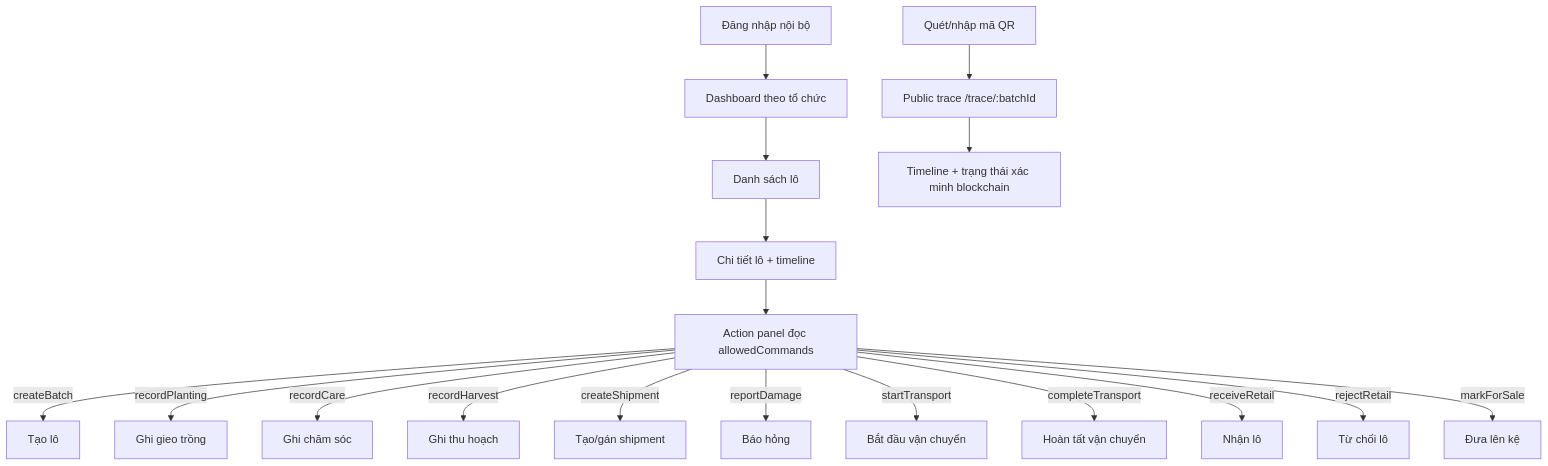
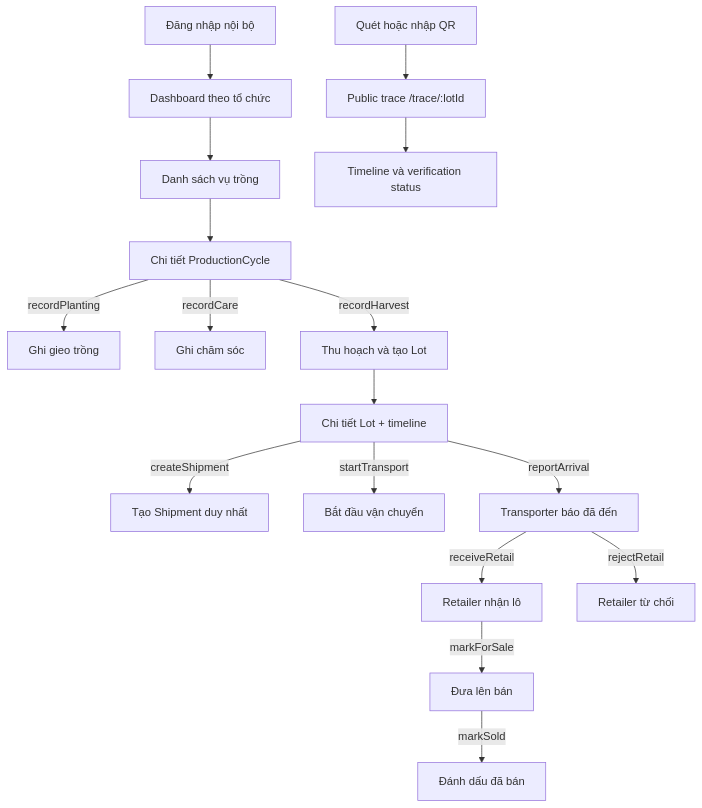
One commit to KieuTanPhat/agri-trace-blockchain changed the diagram in docs/frontend/user-flows.md. Above: the diagram before and after it, drawn with Mermaid. The commit also changed other lines of this file and 46 other files, not shown here.

````diff
--- a/docs/frontend/user-flows.md
+++ b/docs/frontend/user-flows.md
@@ -5,24 +5,19 @@
 ```mermaid
 flowchart TD
   Login[Đăng nhập nội bộ] --> Dashboard[Dashboard theo tổ chức]
-  Dashboard --> BatchList[Danh sách lô]
-  BatchList --> BatchDetail[Chi tiết lô + timeline]
-  BatchDetail --> ActionPanel[Action panel đọc allowedCommands]
-
-  ActionPanel -->|createBatch| CreateBatch[Tạo lô]
-  ActionPanel -->|recordPlanting| Planting[Ghi gieo trồng]
-  ActionPanel -->|recordCare| Care[Ghi chăm sóc]
-  ActionPanel -->|recordHarvest| Harvest[Ghi thu hoạch]
-  ActionPanel -->|createShipment| Shipment[Tạo/gán shipment]
-  ActionPanel -->|reportDamage| Damage[Báo hỏng]
-
-  ActionPanel -->|startTransport| StartTransport[Bắt đầu vận chuyển]
-  ActionPanel -->|completeTransport| CompleteTransport[Hoàn tất vận chuyển]
-
-  ActionPanel -->|receiveRetail| ReceiveRetail[Nhận lô]
-  ActionPanel -->|rejectRetail| RejectRetail[Từ chối lô]
-  ActionPanel -->|markForSale| MarkForSale[Đưa lên kệ]
-
-  PublicScan[Quét/nhập mã QR] --> PublicTrace[Public trace /trace/:batchId]
-  PublicTrace --> Verify[Timeline + trạng thái xác minh blockchain]
+  Dashboard --> CycleList[Danh sách vụ trồng]
+  CycleList --> CycleDetail[Chi tiết ProductionCycle]
+  CycleDetail -->|recordPlanting| Planting[Ghi gieo trồng]
+  CycleDetail -->|recordCare| Care[Ghi chăm sóc]
+  CycleDetail -->|recordHarvest| Harvest[Thu hoạch và tạo Lot]
+  Harvest --> LotDetail[Chi tiết Lot + timeline]
+  LotDetail -->|createShipment| Shipment[Tạo Shipment duy nhất]
+  LotDetail -->|startTransport| StartTransport[Bắt đầu vận chuyển]
+  LotDetail -->|reportArrival| Arrival[Transporter báo đã đến]
+  Arrival -->|receiveRetail| ReceiveRetail[Retailer nhận lô]
+  Arrival -->|rejectRetail| RejectRetail[Retailer từ chối]
+  ReceiveRetail -->|markForSale| ForSale[Đưa lên bán]
+  ForSale -->|markSold| Sold[Đánh dấu đã bán]
+  PublicScan[Quét hoặc nhập QR] --> PublicTrace[Public trace /trace/:lotId]
+  PublicTrace --> Verify[Timeline và verification status]
 ```
````
